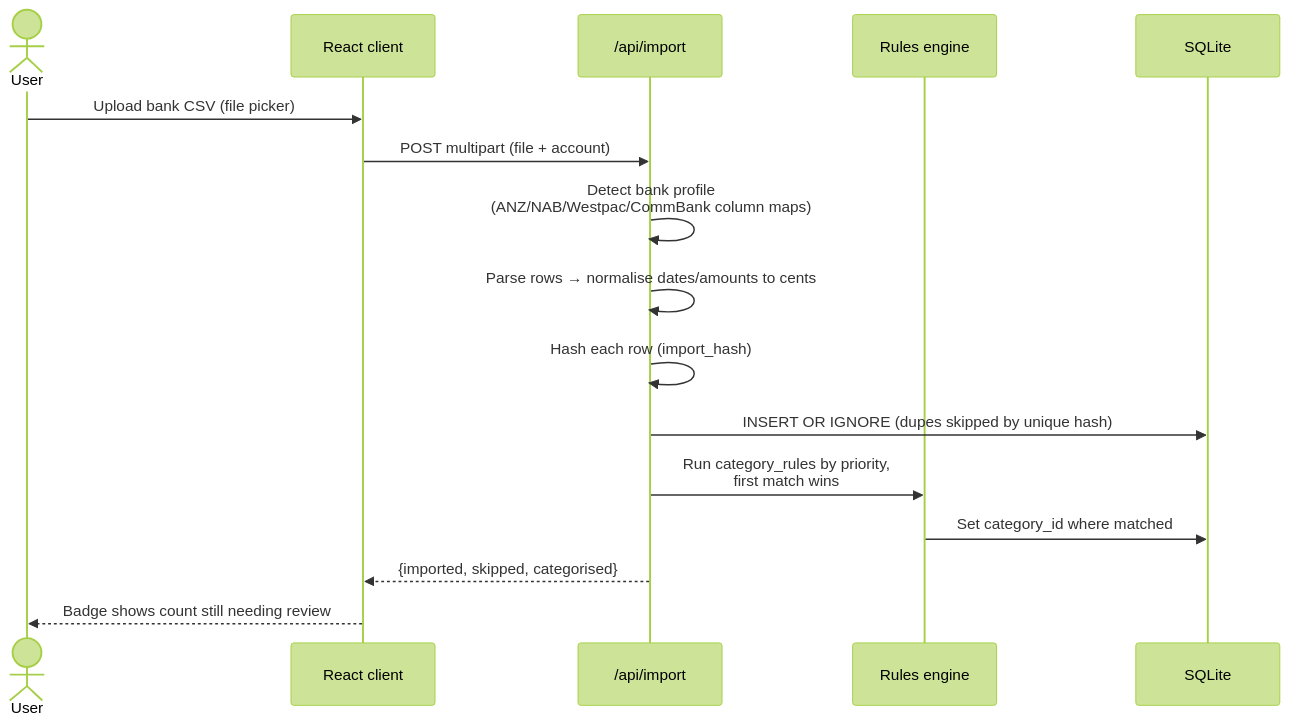
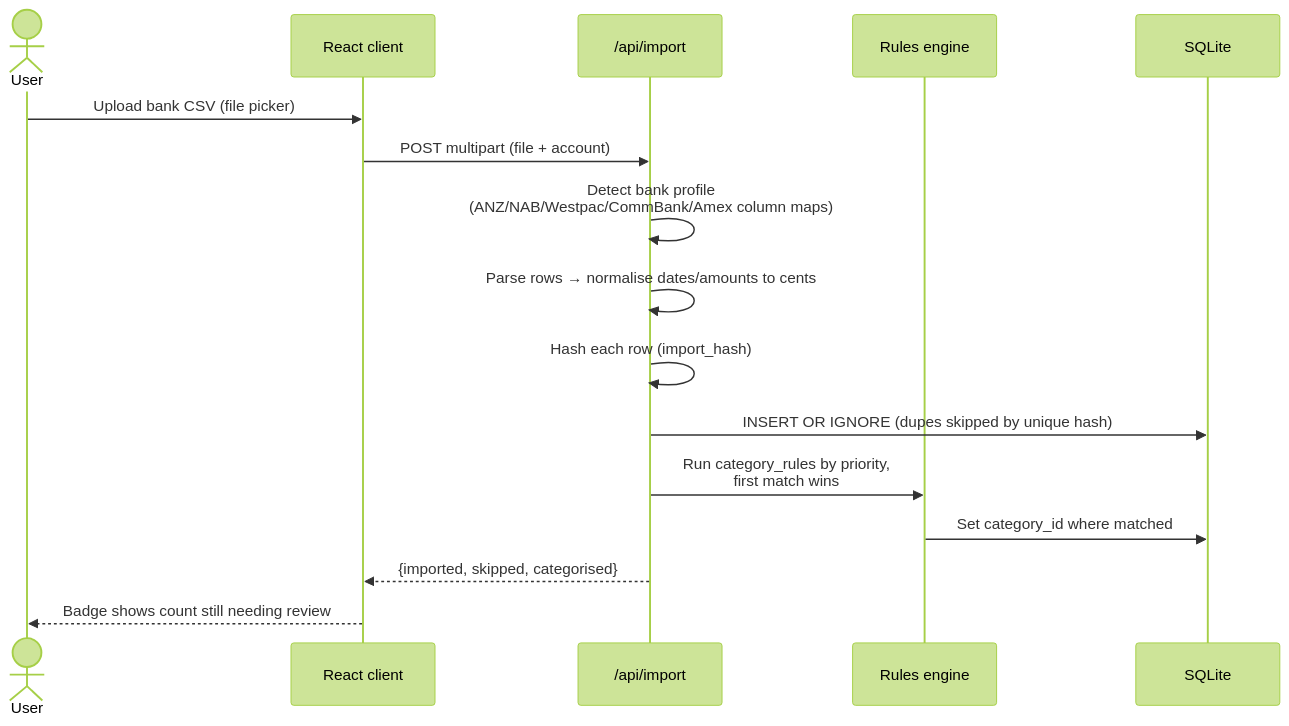
One commit to CharlieMansell/havoro changed the fourth of 5 diagrams in docs/ARCHITECTURE.md. Above: the diagram before and after it, drawn with Mermaid (forest theme). The commit also changed 13 other files, not shown here.

````diff
--- a/docs/ARCHITECTURE.md
+++ b/docs/ARCHITECTURE.md
@@ -212,19 +212,19 @@
 ```mermaid
 sequenceDiagram
     actor U as User
     participant C as React client
     participant I as /api/import
     participant R as Rules engine
     participant DB as SQLite
 
     U->>C: Upload bank CSV (file picker)
     C->>I: POST multipart (file + account)
-    I->>I: Detect bank profile<br/>(ANZ/NAB/Westpac/CommBank column maps)
+    I->>I: Detect bank profile<br/>(ANZ/NAB/Westpac/CommBank/Amex column maps)
     I->>I: Parse rows → normalise dates/amounts to cents
     I->>I: Hash each row (import_hash)
     I->>DB: INSERT OR IGNORE (dupes skipped by unique hash)
     I->>R: Run category_rules by priority,<br/>first match wins
     R->>DB: Set category_id where matched
     I-->>C: {imported, skipped, categorised}
     C-->>U: Badge shows count still needing review
 ```
````
